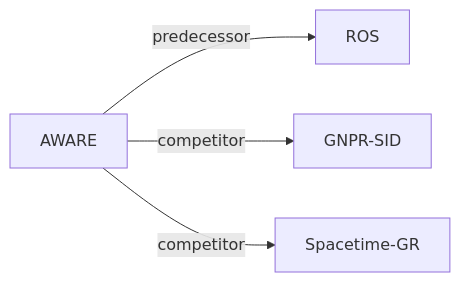
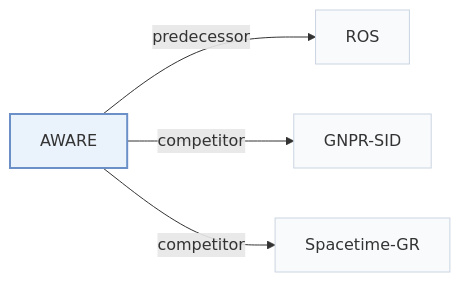
One commit to Galaxy-ghost/Awesome-SID-Generative-Rec changed the second of 2 diagrams in pages/papers/aware.md. Above: the diagram before and after it, drawn with Mermaid. The commit also changed other lines of this file and 649 other files, not shown here.

Commit message:
writer-05: also tags and modality index (schema, check, build, visuals); summary field removed; calibration data for 12 papers

````diff
--- a/pages/papers/aware.md
+++ b/pages/papers/aware.md
@@ -69,7 +73,11 @@
 ```mermaid
 flowchart LR
     P["AWARE"]
-    P -->|predecessor| A["ROS"]
-    P -->|competitor| B["GNPR-SID"]
-    P -->|competitor| C["Spacetime-GR"]
+    P -->|"predecessor"| A["ROS"]
+    P -->|"competitor"| B["GNPR-SID"]
+    P -->|"competitor"| C["Spacetime-GR"]
+    classDef main fill:#eaf2fb,stroke:#6b8fc7,stroke-width:2px
+    classDef peer fill:#f8fafc,stroke:#cbd5e1
+    class P main
+    class A,B,C peer
 ```
````
